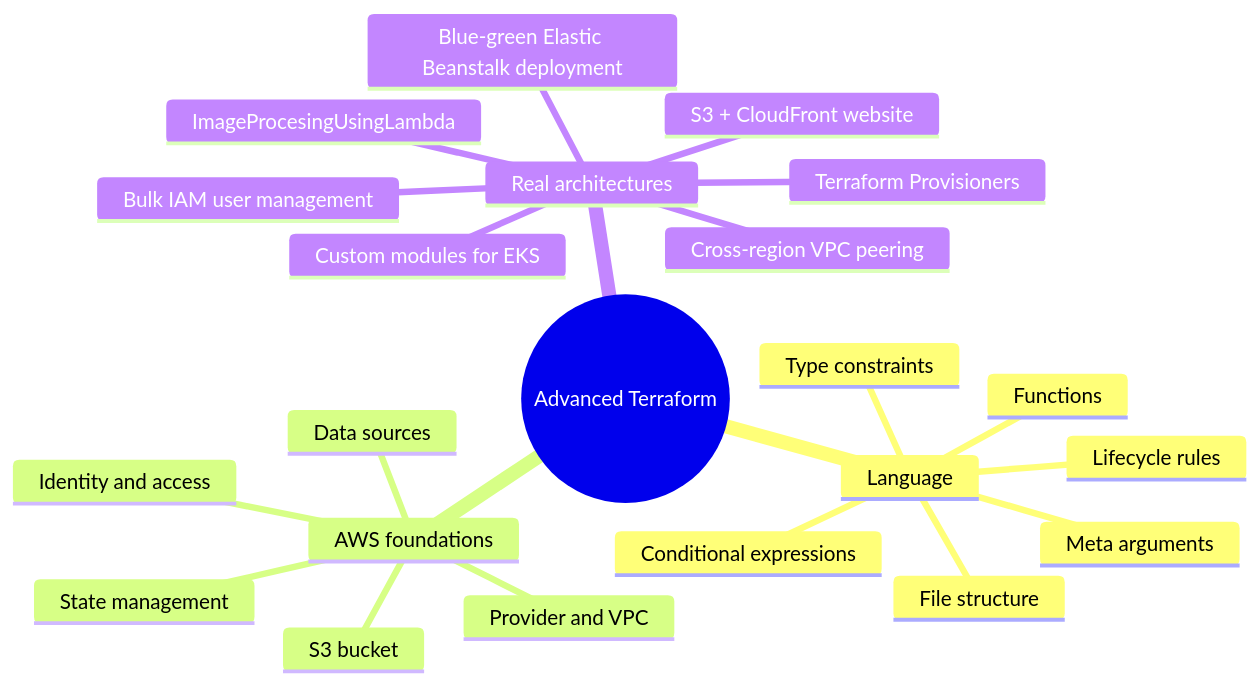
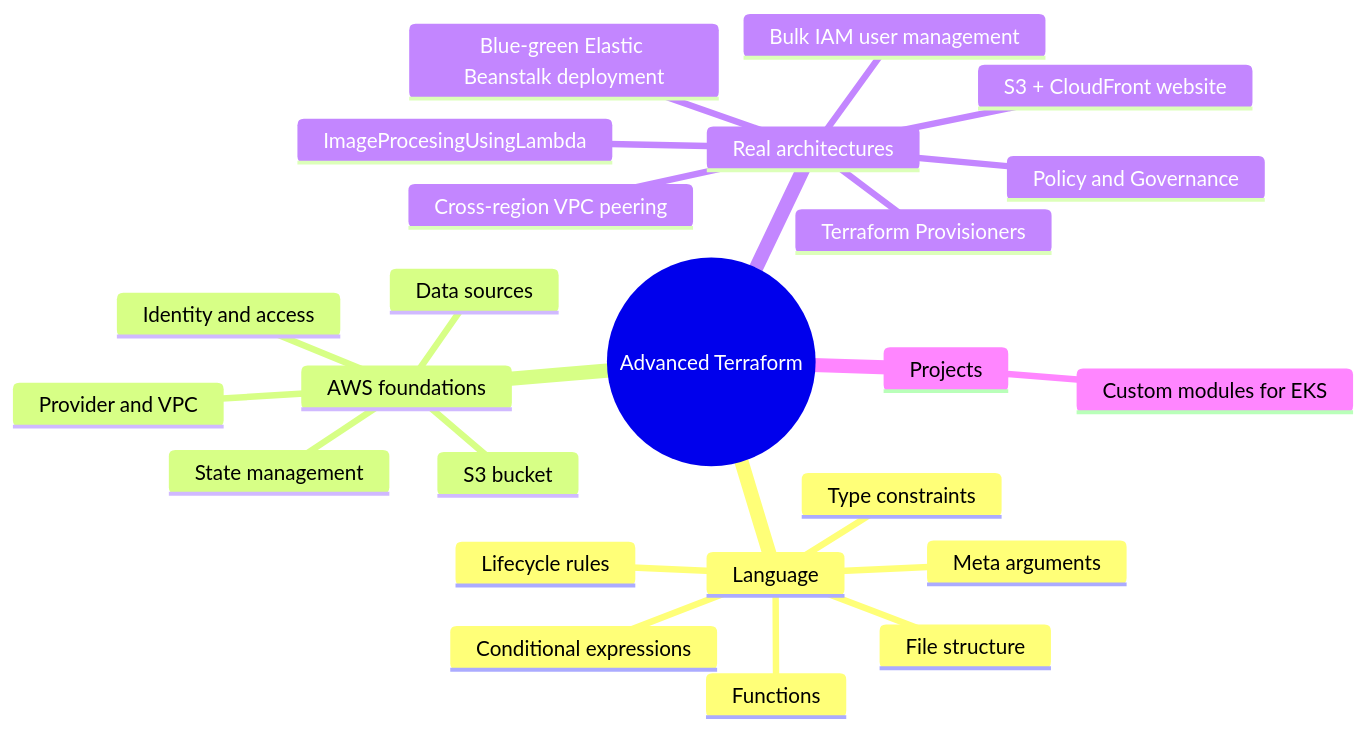
Before and after one commit to Shashwatyarr/Advanced-Terraform: the first of 2 diagrams in README.md, drawn with Mermaid. The commit also changed other lines of this file and 8 other files, not shown here.

Commit message:
Policy and Governance

````diff
--- a/README.md
+++ b/README.md
@@ -9,26 +9,29 @@
 ```mermaid
 mindmap
   root((Advanced Terraform))
     Language
       Conditional expressions
       Functions
       Type constraints
       Meta arguments
       Lifecycle rules
       File structure
     AWS foundations
       Provider and VPC
       S3 bucket
       Data sources
       State management
       Identity and access
         
     Real architectures
       S3 + CloudFront website
       Cross-region VPC peering
       Bulk IAM user management
       ImageProcesingUsingLambda
-      Custom modules for EKS
       Terraform Provisioners
       Blue-green Elastic Beanstalk deployment
+      Policy and Governance
+      
+    Projects
+      Custom modules for EKS
 ```
````
